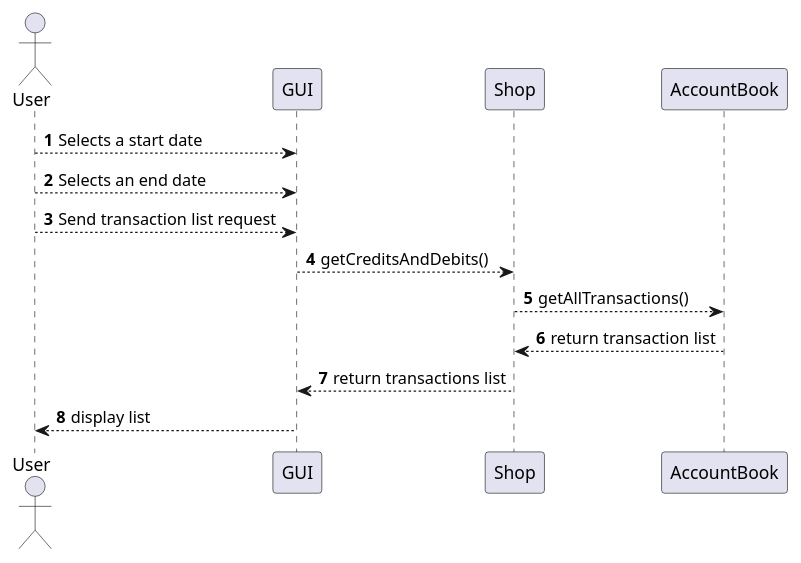
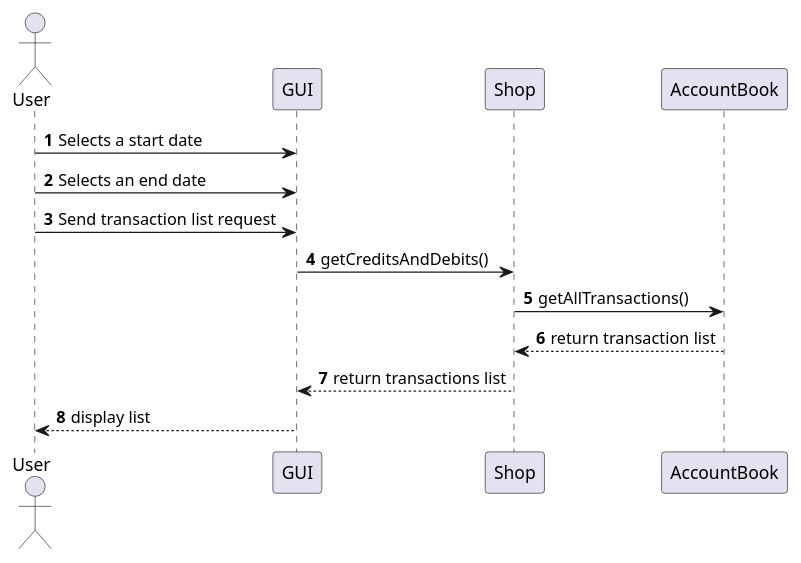
One commit to Stormz4/group20-EzShop changed diagram 21 of 23 in Deliverables/DesignDocument.md. Above: the diagram before and after it, drawn with PlantUML. The commit also changed other lines of this file, not shown here.

````diff
--- a/Deliverables/DesignDocument.md
+++ b/Deliverables/DesignDocument.md
@@ -656,14 +658,14 @@
 ```plantuml
 @startuml
 Actor User
 autonumber
-User --> GUI: Selects a start date
-User --> GUI: Selects an end date
-User --> GUI: Send transaction list request
-GUI --> Shop: getCreditsAndDebits()
-Shop --> AccountBook: getAllTransactions()
+User -> GUI: Selects a start date
+User -> GUI: Selects an end date
+User -> GUI: Send transaction list request
+GUI -> Shop: getCreditsAndDebits()
+Shop -> AccountBook: getAllTransactions()
 AccountBook --> Shop: return transaction list
 Shop --> GUI: return transactions list
 GUI --> User: display list
 @enduml
 ```
````
